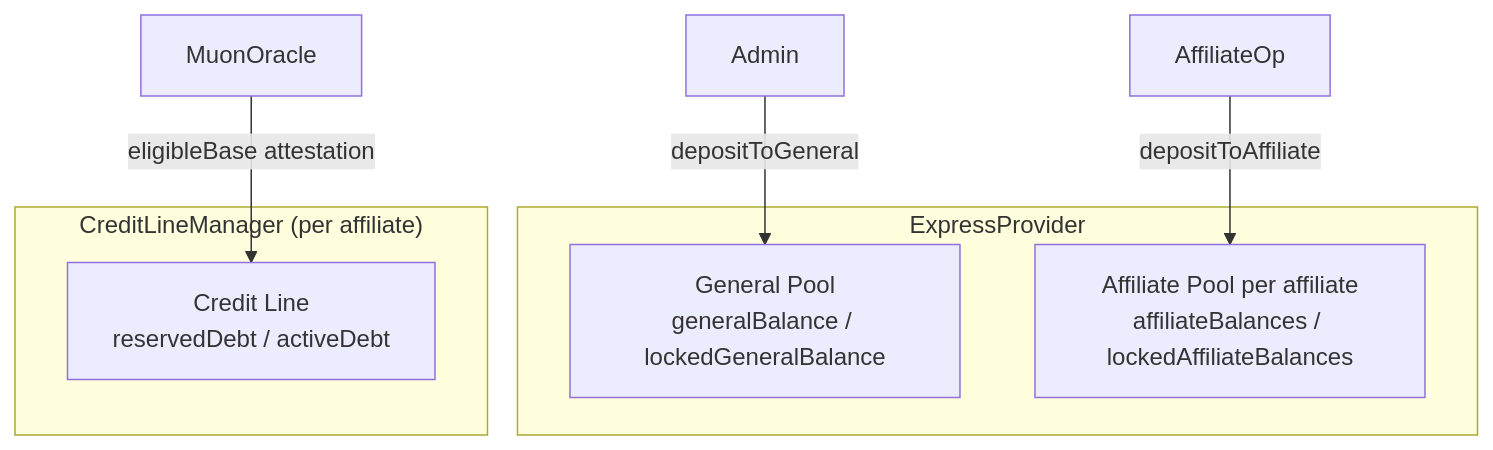
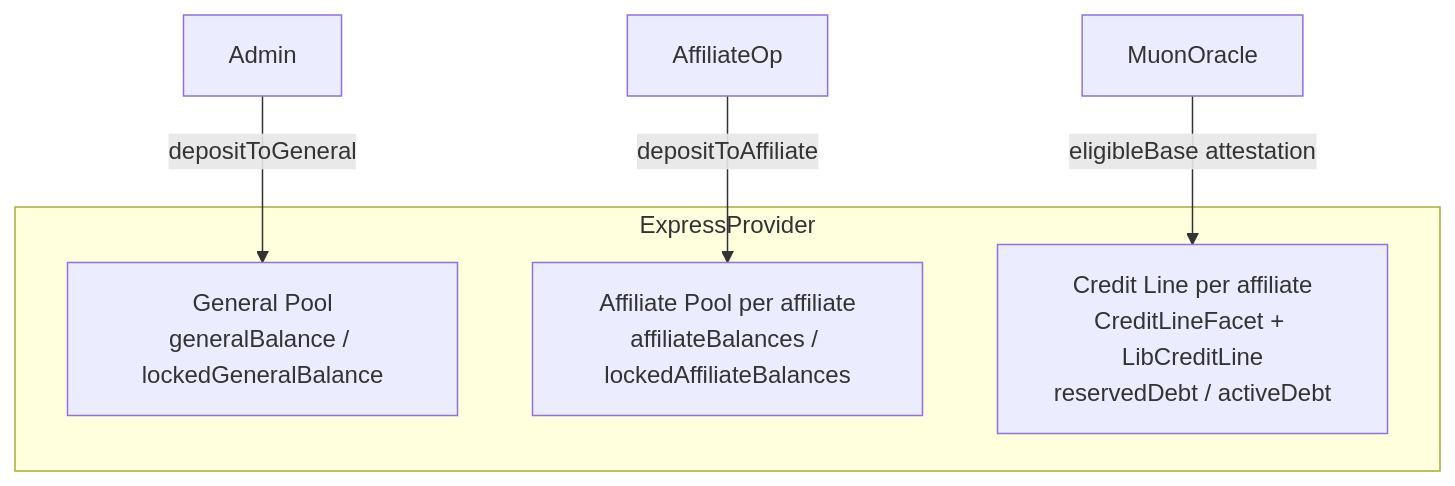
Before and after one commit to SYMM-IO/perps-core: the second of 15 diagrams in docs/v0.8.6/express-withdrawal-system-design.md, drawn with Mermaid. The commit also changed other lines of this file and 1 other file, not shown here.

Commit message:
docs: update express layer docs for CreditLineFacet migration

````diff
--- a/docs/v0.8.6/express-withdrawal-system-design.md
+++ b/docs/v0.8.6/express-withdrawal-system-design.md
@@ -75,14 +74,12 @@
 ```mermaid
 flowchart TD
     subgraph ExpressProvider
         GP[General Pool<br/>generalBalance / lockedGeneralBalance]
         FP[Affiliate Pool per affiliate<br/>affiliateBalances / lockedAffiliateBalances]
-    end
-    subgraph "CreditLineManager (per affiliate)"
-        CL[Credit Line<br/>reservedDebt / activeDebt]
+        CL[Credit Line per affiliate<br/>CreditLineFacet + LibCreditLine<br/>reservedDebt / activeDebt]
     end
 
     Admin -->|depositToGeneral| GP
     AffiliateOp -->|depositToAffiliate| FP
     MuonOracle -->|eligibleBase attestation| CL
 ```
````
